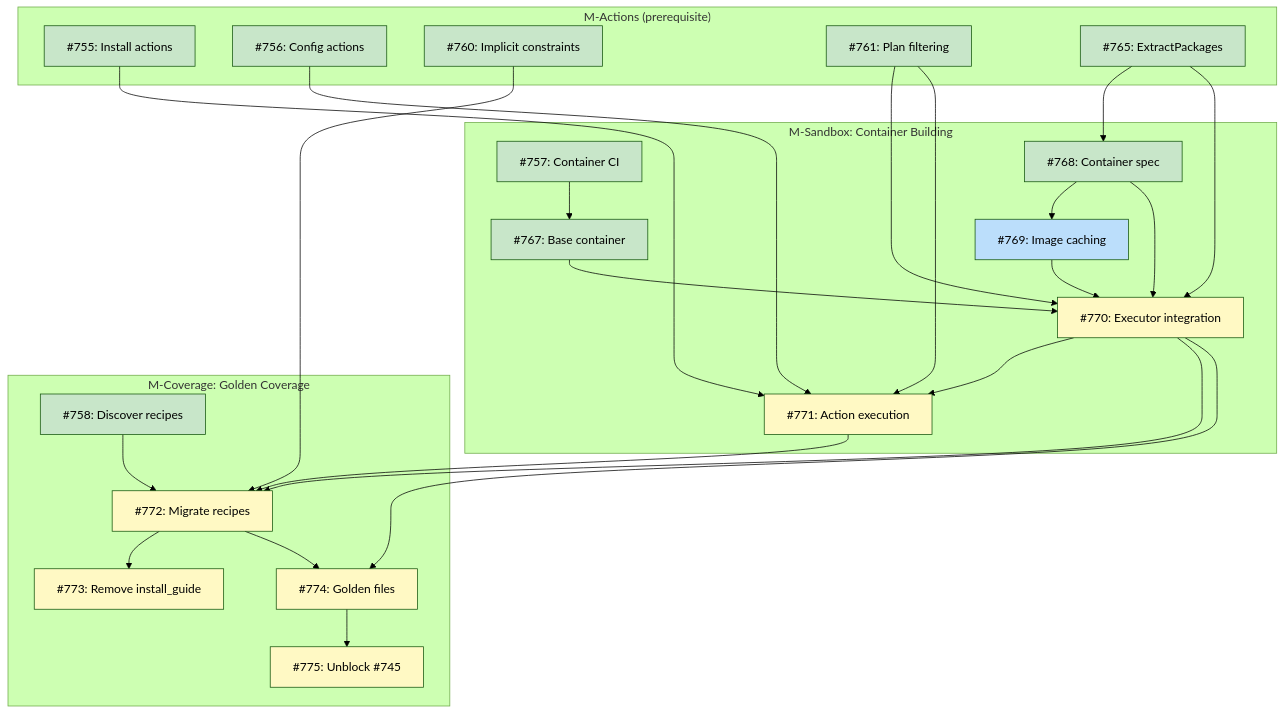
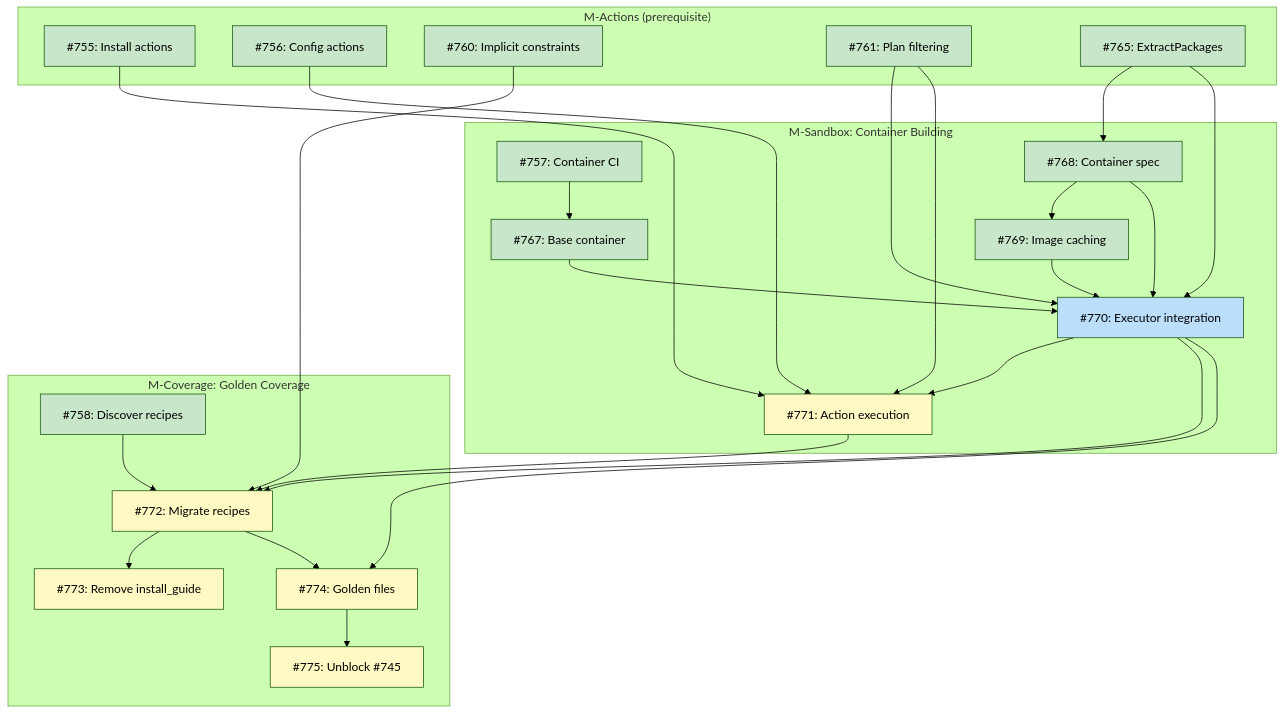
One commit to tsukumogami/tsuku changed the diagram in docs/DESIGN-structured-install-guide.md. Above: the diagram before and after it, drawn with Mermaid (forest theme). The commit also changed 2 other files, not shown here.

Commit message:
feat(sandbox): implement container image caching (#798)
Implements ContainerImageName() that generates deterministic
cache-friendly image names from container specifications. The function
computes SHA256 hashes of package sets to enable container image
caching, allowing test runs with identical dependencies to reuse
previously built containers.

Image names follow the format tsuku/sandbox-cache:<family>-<hash> where
family is the linux family (debian, rhel, etc.) for human readability
and hash is the first 16 hex characters of SHA256.

````diff
--- a/docs/DESIGN-structured-install-guide.md
+++ b/docs/DESIGN-structured-install-guide.md
@@ -32,57 +32,57 @@
 ```mermaid
 graph TD
     subgraph Actions["M-Actions (prerequisite)"]
         I755["#755: Install actions"]
         I756["#756: Config actions"]
         I760["#760: Implicit constraints"]
         I761["#761: Plan filtering"]
         I765["#765: ExtractPackages"]
     end
 
     subgraph Sandbox["M-Sandbox: Container Building"]
         I757["#757: Container CI"]
         I767["#767: Base container"]
         I768["#768: Container spec"]
         I769["#769: Image caching"]
         I770["#770: Executor integration"]
         I771["#771: Action execution"]
     end
 
     subgraph Coverage["M-Coverage: Golden Coverage"]
         I758["#758: Discover recipes"]
         I772["#772: Migrate recipes"]
         I773["#773: Remove install_guide"]
         I774["#774: Golden files"]
         I775["#775: Unblock #745"]
     end
 
     I757 --> I767
     I765 --> I768
     I768 --> I769
     I761 --> I770
     I767 --> I770
     I768 --> I770
     I769 --> I770
     I765 --> I770
     I755 --> I771
     I756 --> I771
     I770 --> I771
     I761 --> I771
     I758 --> I772
     I770 --> I772
     I771 --> I772
     I760 --> I772
     I772 --> I773
     I772 --> I774
     I770 --> I774
     I774 --> I775
 
     classDef done fill:#c8e6c9
     classDef ready fill:#bbdefb
     classDef blocked fill:#fff9c4
     classDef needsDesign fill:#e1bee7
 
-    class I755,I756,I757,I758,I760,I761,I765,I767,I768 done
-    class I769 ready
-    class I770,I771,I772,I773,I774,I775 blocked
+    class I755,I756,I757,I758,I760,I761,I765,I767,I768,I769 done
+    class I770 ready
+    class I771,I772,I773,I774,I775 blocked
 ```
````
